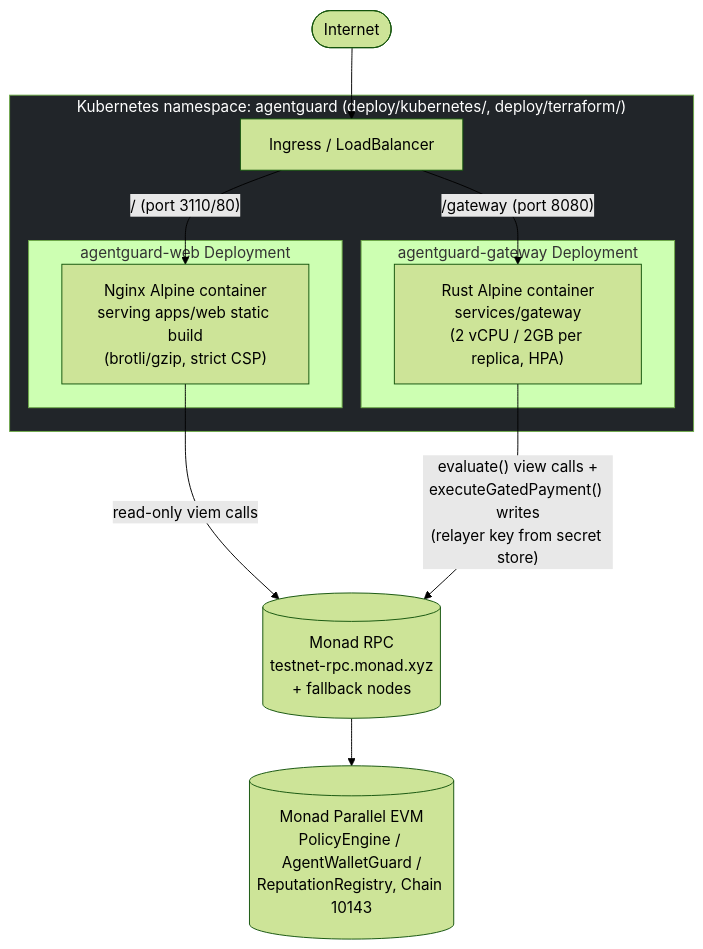
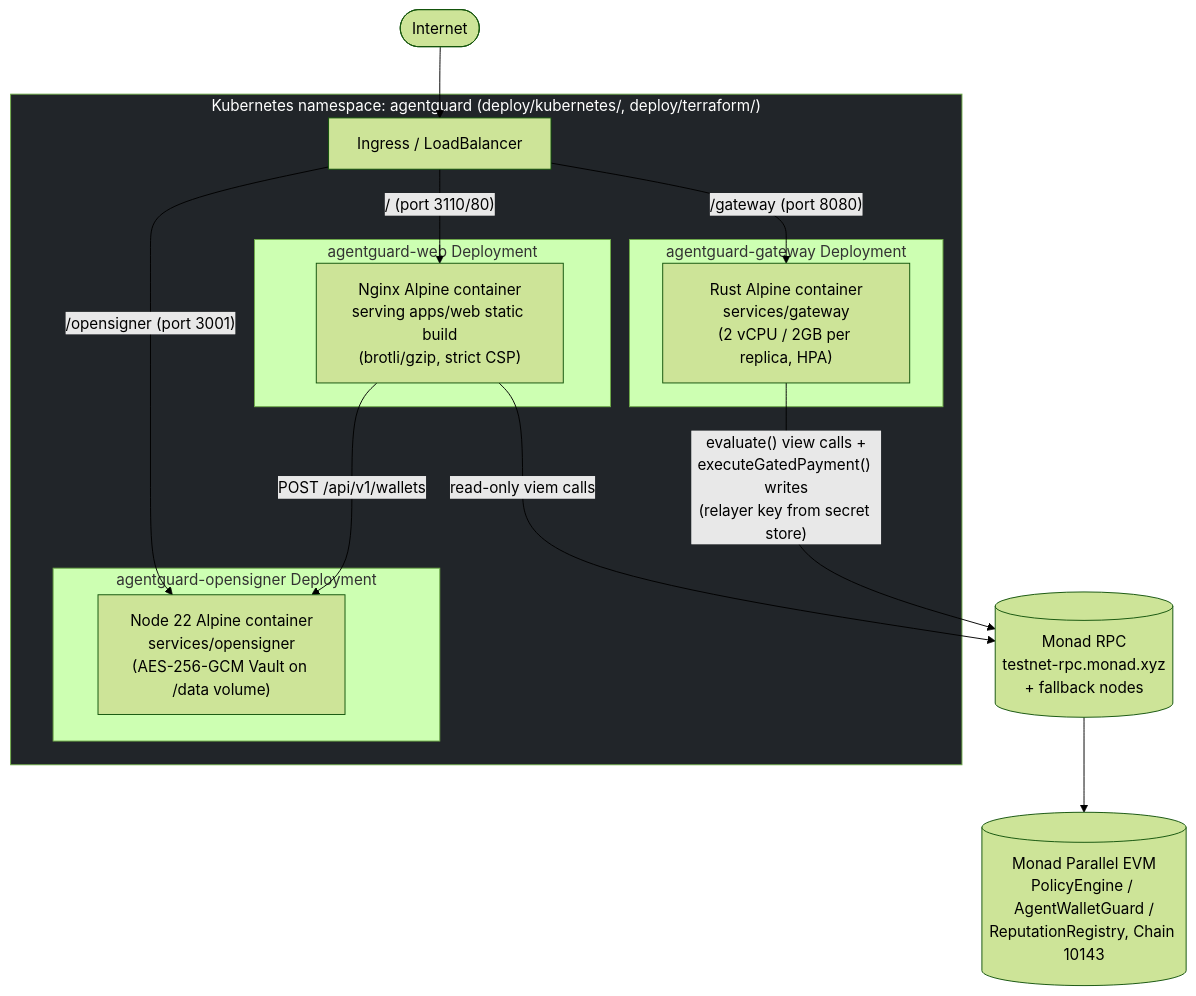
The fourth of 4 diagrams in docs/ARCHITECTURE_DIAGRAMS.md (klyran-labs/metropolis), drawn with Mermaid (forest theme) before and after one commit. The commit also changed other lines of this file and 66 other files, not shown here.

Commit message:
feat: complete OpenSigner enclave, modern EIPs (7702/7579/6551), and production readiness

````diff
--- a/docs/ARCHITECTURE_DIAGRAMS.md
+++ b/docs/ARCHITECTURE_DIAGRAMS.md
@@ -130,29 +133,35 @@
 ```mermaid
 flowchart TB
     Internet(["Internet"])
 
     subgraph K8s["Kubernetes namespace: agentguard (deploy/kubernetes/, deploy/terraform/)"]
         Ingress["Ingress / LoadBalancer"]
 
         subgraph WebPods["agentguard-web Deployment"]
             WebPod["Nginx Alpine container<br/>serving apps/web static build<br/>(brotli/gzip, strict CSP)"]
         end
 
         subgraph GwPods["agentguard-gateway Deployment"]
             GwPod["Rust Alpine container<br/>services/gateway<br/>(2 vCPU / 2GB per replica, HPA)"]
         end
+
+        subgraph OpenSignerPods["agentguard-opensigner Deployment"]
+            SignerPod["Node 22 Alpine container<br/>services/opensigner<br/>(AES-256-GCM Vault on /data volume)"]
+        end
     end
 
     RPC[("Monad RPC<br/>testnet-rpc.monad.xyz<br/>+ fallback nodes")]
     Chain[("Monad Parallel EVM<br/>PolicyEngine / AgentWalletGuard /<br/>ReputationRegistry, Chain 10143")]
 
     Internet --> Ingress
     Ingress -->|"/ (port 3110/80)"| WebPod
     Ingress -->|"/gateway (port 8080)"| GwPod
+    Ingress -->|"/opensigner (port 3001)"| SignerPod
 
     WebPod -- "read-only viem calls" --> RPC
+    WebPod -- "POST /api/v1/wallets" --> SignerPod
     GwPod -- "evaluate() view calls +<br/>executeGatedPayment() writes<br/>(relayer key from secret store)" --> RPC
     RPC --> Chain
 
     style K8s fill:#212529,color:#fff
 ```
````
